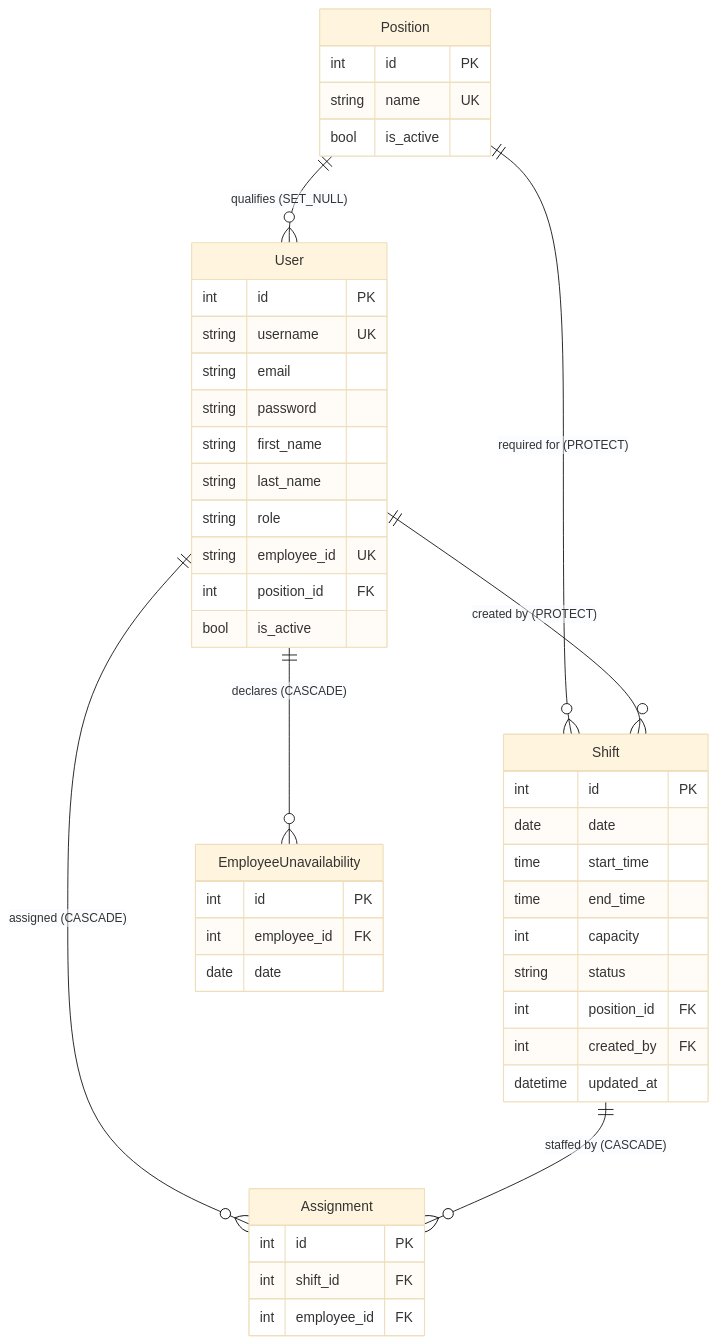
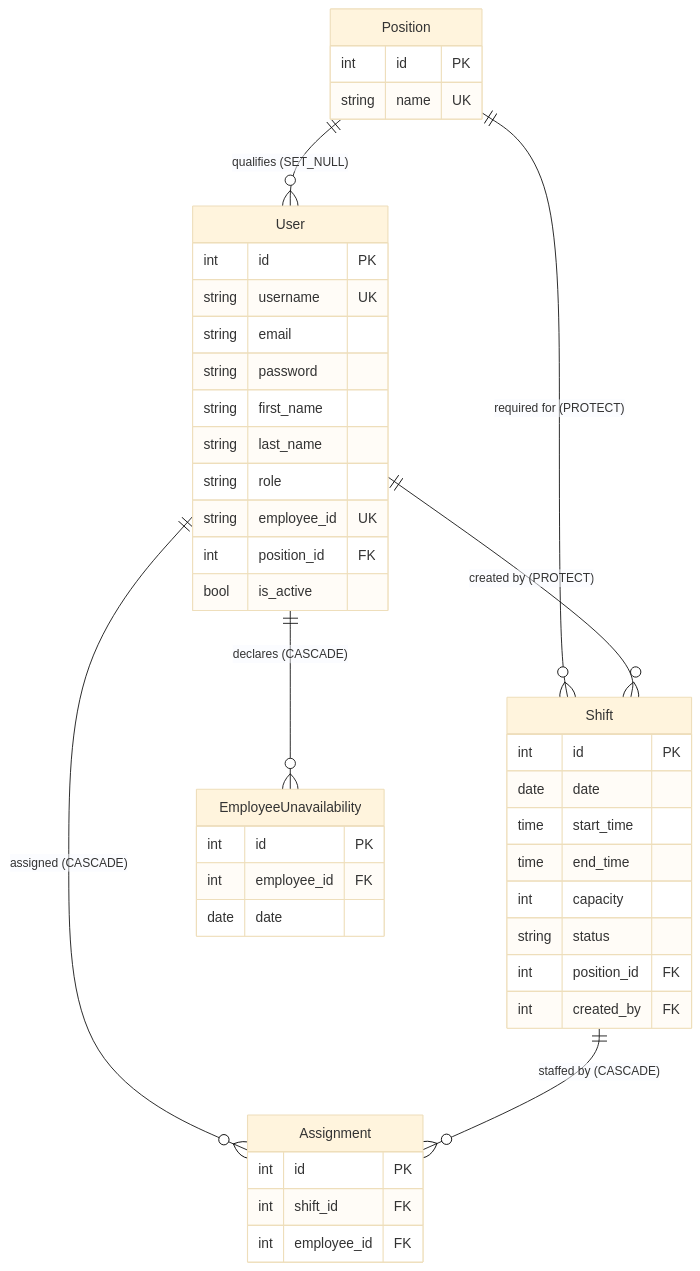
One commit to DT-sudo/ft_transcendece changed the diagram in README.md. Above: the diagram before and after it, drawn with Mermaid (base theme). The commit also changed other lines of this file and 142 other files, not shown here.

````diff
--- a/README.md
+++ b/README.md
@@ -271,48 +277,46 @@
 ```mermaid
 erDiagram
     Position ||--o{ User : "qualifies (SET_NULL)"
     Position ||--o{ Shift : "required for (PROTECT)"
     User ||--o{ Shift : "created by (PROTECT)"
     User ||--o{ Assignment : "assigned (CASCADE)"
     Shift ||--o{ Assignment : "staffed by (CASCADE)"
     User ||--o{ EmployeeUnavailability : "declares (CASCADE)"
 
     Position {
         int id PK
         string name UK
-        bool is_active
     }
     User {
         int id PK
         string username UK
         string email
         string password
         string first_name
         string last_name
         string role
         string employee_id UK
         int position_id FK
         bool is_active
     }
     Shift {
         int id PK
         date date
         time start_time
         time end_time
         int capacity
         string status
         int position_id FK
         int created_by FK
-        datetime updated_at
     }
     Assignment {
         int id PK
         int shift_id FK
         int employee_id FK
     }
     EmployeeUnavailability {
         int id PK
         int employee_id FK
         date date
     }
 ```
````
